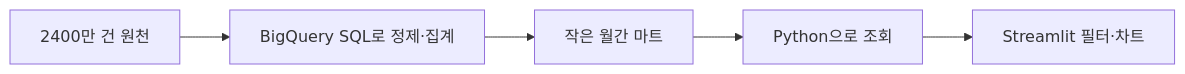
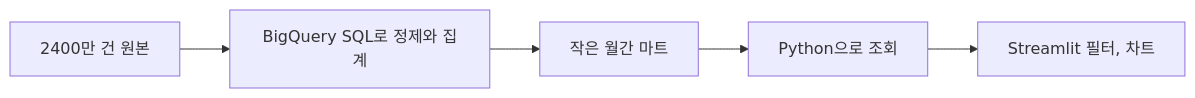
Before and after one commit to Eunjung-Cho/bdai13-bigquery: the diagram in docs/week6/lecture.md, drawn with Mermaid. The commit also changed other lines of this file and 34 other files, not shown here.

````diff
--- a/docs/week6/lecture.md
+++ b/docs/week6/lecture.md
@@ -26,7 +26,7 @@
 ```mermaid
 flowchart LR
-    R[2400만 건 원천] --> Q[BigQuery SQL로 정제·집계]
+    R[2400만 건 원본] --> Q[BigQuery SQL로 정제와 집계]
     Q --> M[작은 월간 마트]
     M --> P[Python으로 조회]
-    P --> S[Streamlit 필터·차트]
+    P --> S[Streamlit 필터, 차트]
 ```
````
